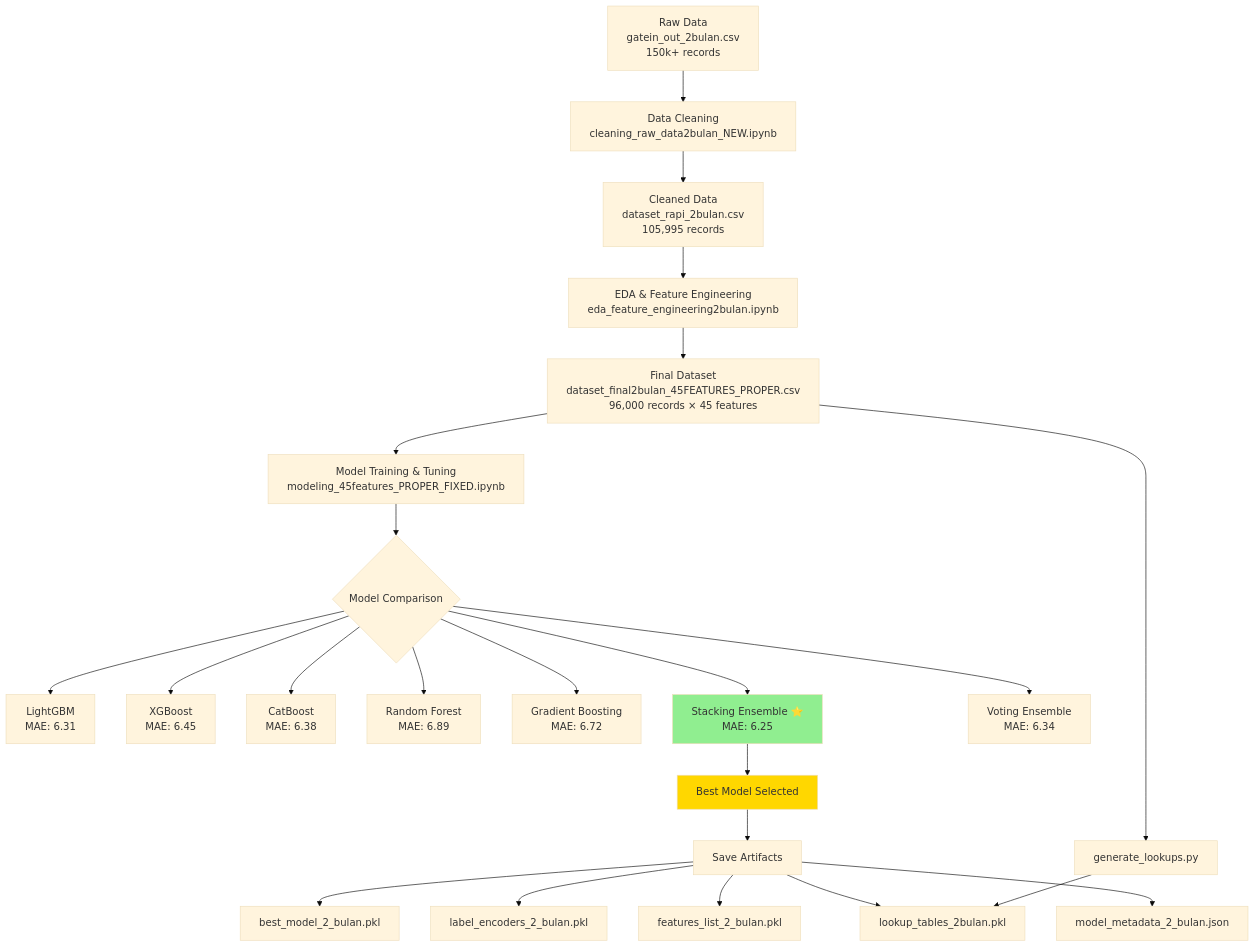
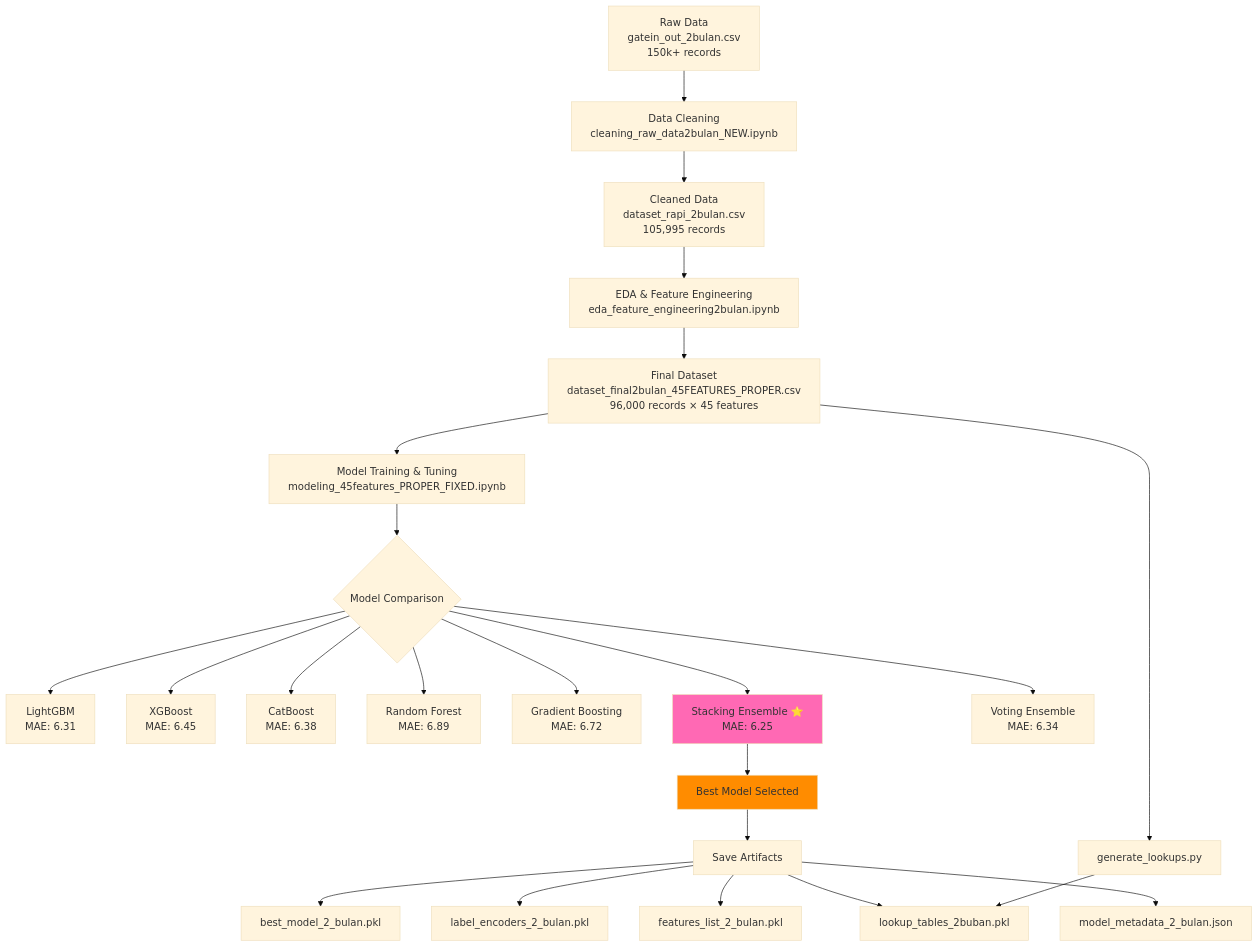
Before and after one commit to Daffa-afaf/ARTG-Queue-Prediction: the first of 8 diagrams in FLOWCHART.md, drawn with Mermaid (base theme). The commit also changed other lines of this file, not shown here.

First line of the commit message:
fix: Revise FLOWCHART.md for accuracy and readability

````diff
--- a/FLOWCHART.md
+++ b/FLOWCHART.md
@@ -5,37 +5,37 @@
 ```mermaid
 graph TD
     A[Raw Data<br/>gatein_out_2bulan.csv<br/>150k+ records] --> B[Data Cleaning<br/>cleaning_raw_data2bulan_NEW.ipynb]
     
     B --> C[Cleaned Data<br/>dataset_rapi_2bulan.csv<br/>105,995 records]
     
     C --> D[EDA & Feature Engineering<br/>eda_feature_engineering2bulan.ipynb]
     
     D --> E[Final Dataset<br/>dataset_final2bulan_45FEATURES_PROPER.csv<br/>96,000 records × 45 features]
     
     E --> F[Model Training & Tuning<br/>modeling_45features_PROPER_FIXED.ipynb]
     
     F --> G{Model Comparison}
     
     G --> H[LightGBM<br/>MAE: 6.31]
     G --> I[XGBoost<br/>MAE: 6.45]
     G --> J[CatBoost<br/>MAE: 6.38]
     G --> K[Random Forest<br/>MAE: 6.89]
     G --> L[Gradient Boosting<br/>MAE: 6.72]
     G --> M[Stacking Ensemble ⭐<br/>MAE: 6.25]
     G --> N[Voting Ensemble<br/>MAE: 6.34]
     
     M --> O[Best Model Selected]
     
     O --> P[Save Artifacts]
     P --> Q[best_model_2_bulan.pkl]
     P --> R[label_encoders_2_bulan.pkl]
     P --> S[features_list_2_bulan.pkl]
-    P --> T[lookup_tables_2bulan.pkl]
+    P --> T[lookup_tables_2buban.pkl]
     P --> U[model_metadata_2_bulan.json]
     
     E --> V[generate_lookups.py]
     V --> T
     
-    style M fill:#90EE90
-    style O fill:#FFD700
+    style M fill:#FF69B4
+    style O fill:#FF8C00
 ```
````
